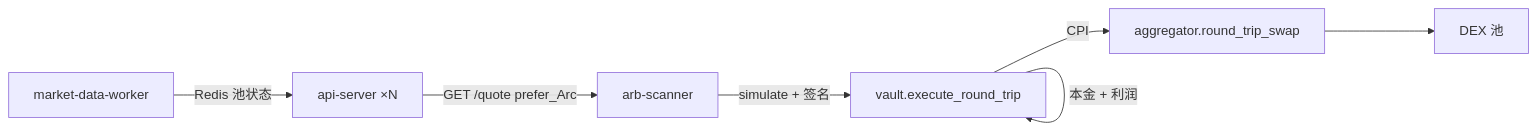
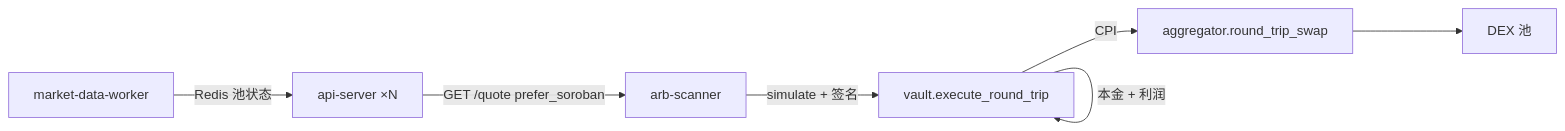
Before and after one commit to mangekyou-labs/chakra: the fourth of 4 diagrams in README.zh-CN.md, drawn with Mermaid. The commit also changed other lines of this file and 701 other files, not shown here.

````diff
--- a/README.zh-CN.md
+++ b/README.zh-CN.md
@@ -179,9 +181,9 @@
 ```mermaid
 flowchart LR
   W[market-data-worker] -->|Redis 池状态| Q[api-server ×N]
-  Q -->|GET /quote prefer_Arc| S[arb-scanner]
+  Q -->|GET /quote prefer_soroban| S[arb-scanner]
   S -->|simulate + 签名| V[vault.execute_round_trip]
   V -->|CPI| A[aggregator.round_trip_swap]
   A --> D[DEX 池]
   V -->|本金 + 利润| V
 ```
````
